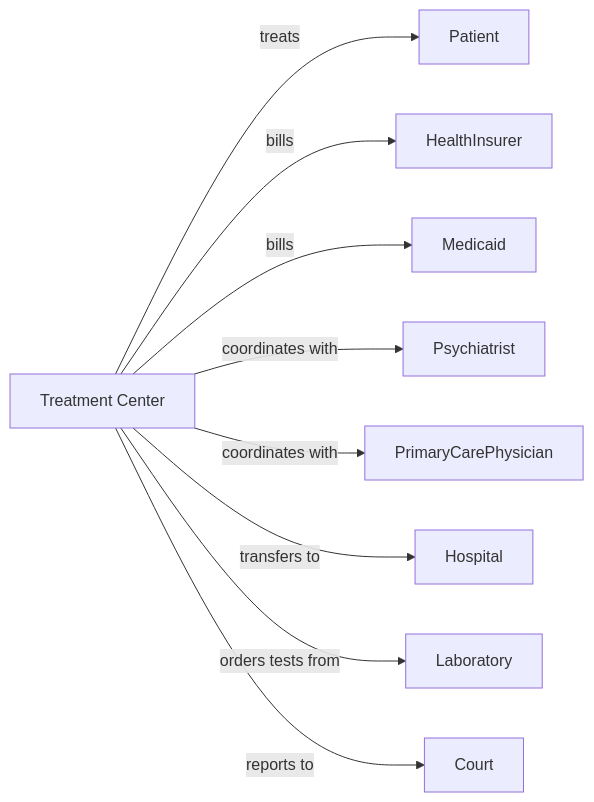
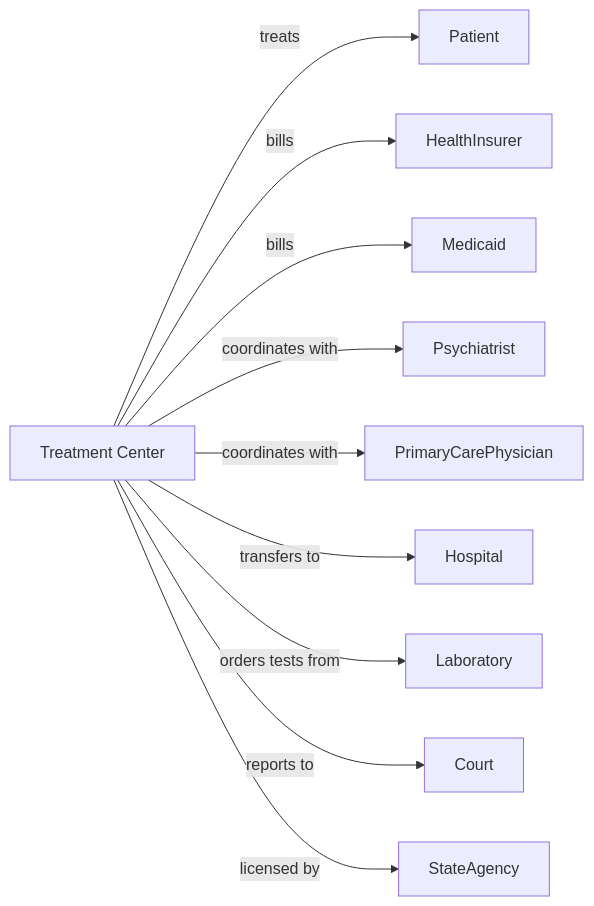
The second of 2 diagrams in HealthCare/AmbulatoryHealthCareServices/OutpatientCareCenters/OutpatientMentalHealthAndSubstanceAbuseCenters.mdx (dot-org-ai/industries.org.ai), drawn with Mermaid before and after one commit. The commit also changed other lines of this file and 588 other files, not shown here.

````diff
--- a/HealthCare/AmbulatoryHealthCareServices/OutpatientCareCenters/OutpatientMentalHealthAndSubstanceAbuseCenters.mdx
+++ b/HealthCare/AmbulatoryHealthCareServices/OutpatientCareCenters/OutpatientMentalHealthAndSubstanceAbuseCenters.mdx
@@ -148,13 +148,14 @@
 ```mermaid
 graph LR
     C[Treatment Center]
 
     C -->|treats| Patient
     C -->|bills| HealthInsurer
     C -->|bills| Medicaid
     C -->|coordinates with| Psychiatrist
     C -->|coordinates with| PrimaryCarePhysician
     C -->|transfers to| Hospital
     C -->|orders tests from| Laboratory
     C -->|reports to| Court
+    C -->|licensed by| StateAgency
 ```
````
